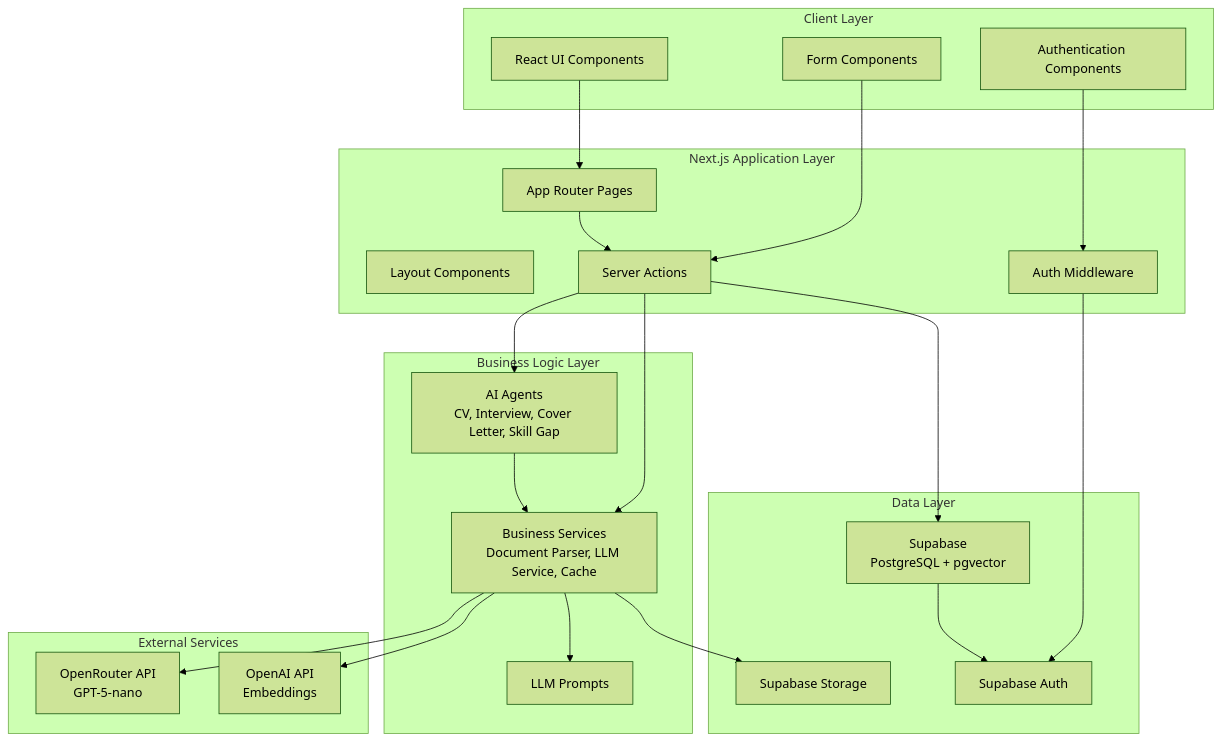
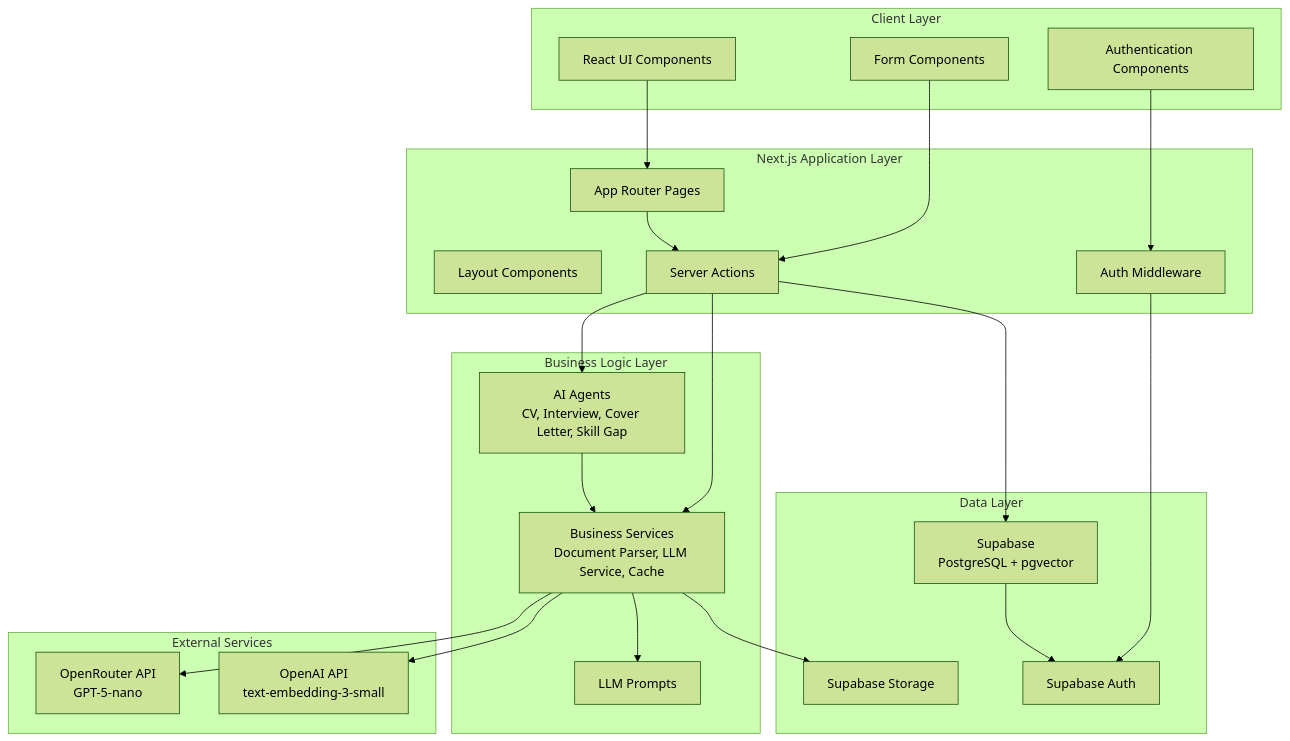
The first of 13 diagrams in docs/architecture/system-overview.md (Ethanlam123/ai-job-hunt-agent), drawn with Mermaid (forest theme) before and after one commit. The commit also changed other lines of this file and 11 other files, not shown here.

````diff
--- a/docs/architecture/system-overview.md
+++ b/docs/architecture/system-overview.md
@@ -7,51 +7,51 @@
 ```mermaid
 graph TB
     subgraph "Client Layer"
         UI[React UI Components]
         Auth[Authentication Components]
         Forms[Form Components]
     end
 
     subgraph "Next.js Application Layer"
         Pages[App Router Pages]
         Layouts[Layout Components]
         ServerActions[Server Actions]
         Middleware[Auth Middleware]
     end
 
     subgraph "Business Logic Layer"
         Agents["AI Agents<br/>CV, Interview, Cover Letter, Skill Gap"]
         Services["Business Services<br/>Document Parser, LLM Service, Cache"]
         Prompts[LLM Prompts]
     end
 
     subgraph "Data Layer"
         Supabase["Supabase<br/>PostgreSQL + pgvector"]
         Storage["Supabase Storage"]
         AuthProvider["Supabase Auth"]
     end
 
     subgraph "External Services"
         OpenRouter["OpenRouter API<br/>GPT-5-nano"]
-        OpenAI["OpenAI API<br/>Embeddings"]
+        OpenAI["OpenAI API<br/>text-embedding-3-small"]
     end
 
     UI --> Pages
     Auth --> Middleware
     Forms --> ServerActions
 
     Pages --> ServerActions
     ServerActions --> Agents
     ServerActions --> Services
 
     Agents --> Services
     Services --> Prompts
 
     Services --> OpenRouter
     Services --> OpenAI
     ServerActions --> Supabase
     Services --> Storage
     Middleware --> AuthProvider
 
     Supabase --> AuthProvider
 ```
````
